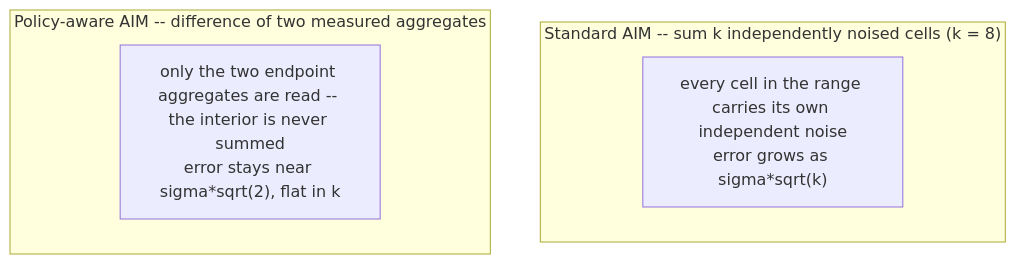
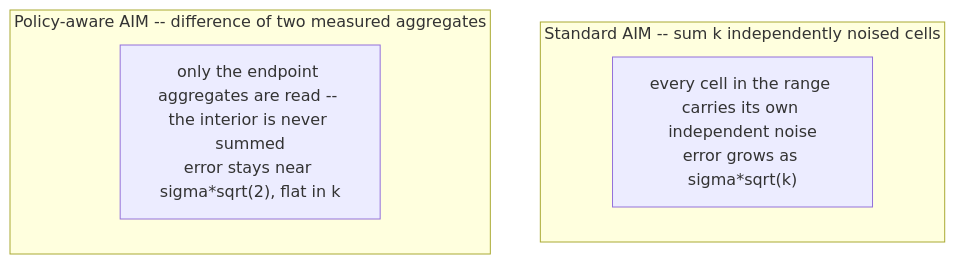
Before and after one commit to gauthamramesh3110/blowfish-aim-adult: the third of 3 diagrams in docs/policy-aware-aim-spec.md, drawn with Mermaid. The commit also changed other lines of this file and 13 other files, not shown here.

````diff
--- a/docs/policy-aware-aim-spec.md
+++ b/docs/policy-aware-aim-spec.md
@@ -547,9 +382,9 @@
 ```mermaid
 flowchart TB
-subgraph stock["Standard AIM -- sum k independently noised cells (k = 8)"]
+subgraph stock["Standard AIM -- sum k independently noised cells"]
 S["every cell in the range carries its own independent noise<br/>error grows as sigma*sqrt(k)"]
 end
 subgraph pol["Policy-aware AIM -- difference of two measured aggregates"]
-P["only the two endpoint aggregates are read -- the interior is never summed<br/>error stays near sigma*sqrt(2), flat in k"]
+P["only the endpoint aggregates are read -- the interior is never summed<br/>error stays near sigma*sqrt(2), flat in k"]
 end
 ```
````
